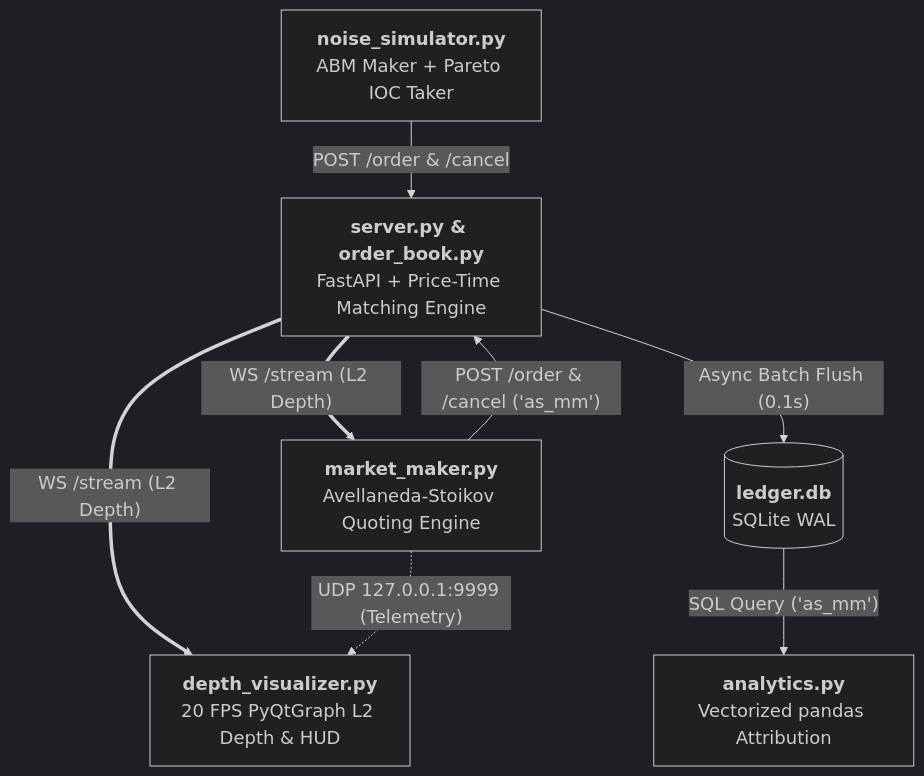
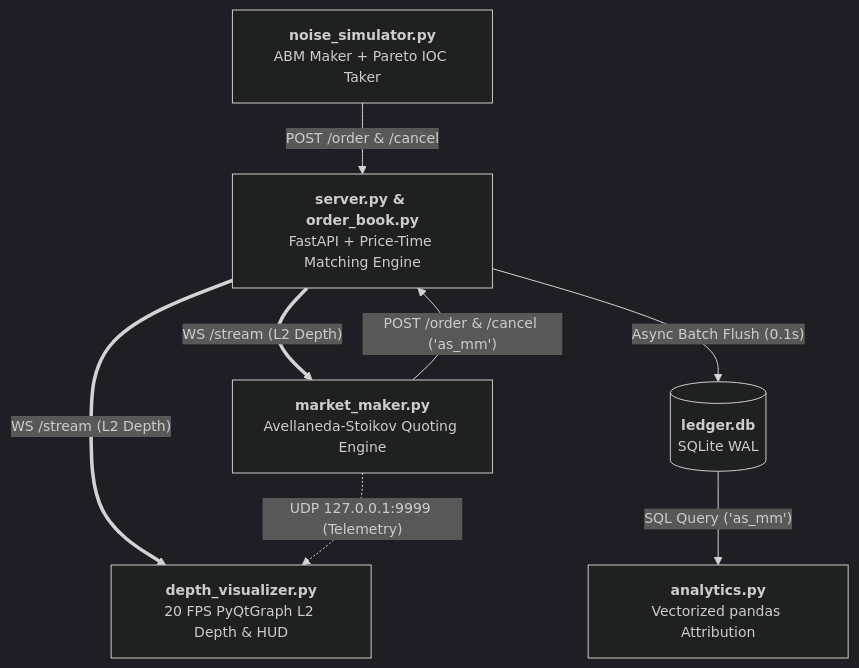
One commit to Romi071/avellaneda-stoikov-mm changed the diagram in README.md. Above: the diagram before and after it, drawn with Mermaid.

Commit message:
edit README.md
Updated font size in mermaid diagram configuration.

````diff
--- a/README.md
+++ b/README.md
@@ -32,18 +32,18 @@
 ```mermaid
-%%{init: {'theme': 'dark', 'themeVariables': {'fontSize': '18px', 'fontFamily': 'Consolas, monospace'}, 'flowchart': {'nodeSpacing': 45, 'rankSpacing': 50, 'padding': 15}}}%%
+%%{init: {'theme': 'dark', 'themeVariables': {'fontSize': '14px', 'fontFamily': 'Consolas, monospace'}, 'flowchart': {'nodeSpacing': 45, 'rankSpacing': 50, 'padding': 15}}}%%
 flowchart TD
     SIM["<b>noise_simulator.py</b><br/>ABM Maker + Pareto IOC Taker"]
     LOB["<b>server.py & order_book.py</b><br/>FastAPI + Price-Time Matching Engine"]
     MM["<b>market_maker.py</b><br/>Avellaneda-Stoikov Quoting Engine"]
     GUI["<b>depth_visualizer.py</b><br/>20 FPS PyQtGraph L2 Depth & HUD"]
     DB[("<b>ledger.db</b><br/>SQLite WAL")]
     ANA["<b>analytics.py</b><br/>Vectorized pandas Attribution"]
 
     SIM -->|"POST /order & /cancel"| LOB
     LOB ==>|"WS /stream (L2 Depth)"| MM
     MM -->|"POST /order & /cancel ('as_mm')"| LOB
     LOB ==>|"WS /stream (L2 Depth)"| GUI
     MM -.->|"UDP 127.0.0.1:9999 (Telemetry)"| GUI
     LOB -->|"Async Batch Flush (0.1s)"| DB
     DB -->|"SQL Query ('as_mm')"| ANA
 ```
````
